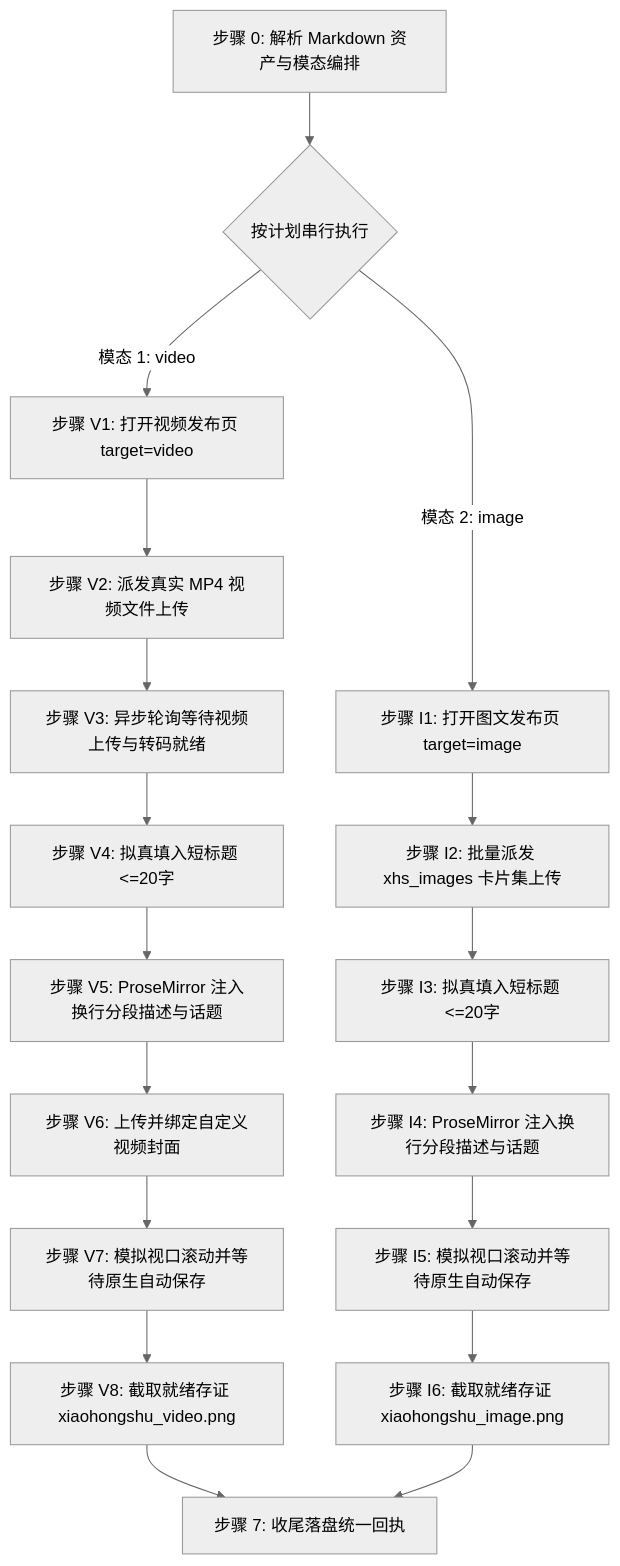
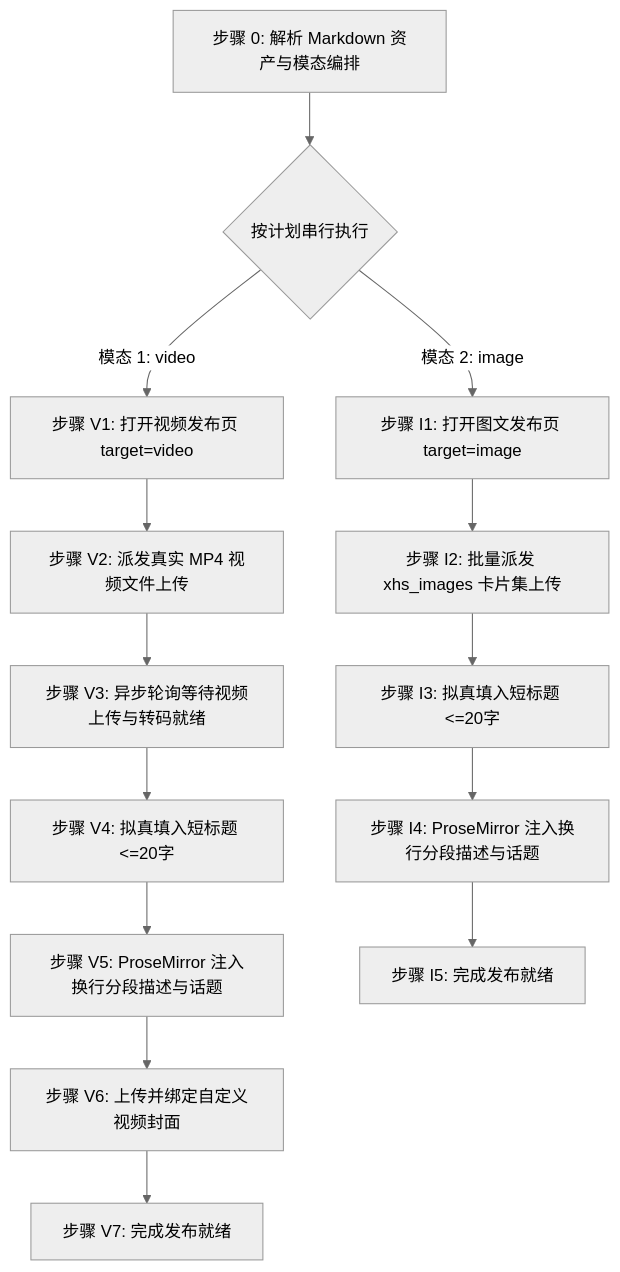
One commit to undsky/doudou-publish-skills changed the diagram in skills/doudou-xiaohongshu/SKILL.md. Above: the diagram before and after it, drawn with Mermaid (neutral theme). The commit also changed other lines of this file and 57 other files, not shown here.

````diff
--- a/skills/doudou-xiaohongshu/SKILL.md
+++ b/skills/doudou-xiaohongshu/SKILL.md
@@ -124,23 +12,18 @@
 ```mermaid
 flowchart TD
     S0[步骤 0: 解析 Markdown 资产与模态编排] --> MP{按计划串行执行}
 
     MP -->|模态 1: video| V1[步骤 V1: 打开视频发布页 target=video]
     V1 --> V2[步骤 V2: 派发真实 MP4 视频文件上传]
     V2 --> V3[步骤 V3: 异步轮询等待视频上传与转码就绪]
     V3 --> V4[步骤 V4: 拟真填入短标题 <=20字]
     V4 --> V5[步骤 V5: ProseMirror 注入换行分段描述与话题]
     V5 --> V6[步骤 V6: 上传并绑定自定义视频封面]
-    V6 --> V7[步骤 V7: 模拟视口滚动并等待原生自动保存]
-    V7 --> V8[步骤 V8: 截取就绪存证 xiaohongshu_video.png]
+    V6 --> V7[步骤 V7: 完成发布就绪]
 
     MP -->|模态 2: image| I1[步骤 I1: 打开图文发布页 target=image]
     I1 --> I2[步骤 I2: 批量派发 xhs_images 卡片集上传]
     I2 --> I3[步骤 I3: 拟真填入短标题 <=20字]
     I3 --> I4[步骤 I4: ProseMirror 注入换行分段描述与话题]
-    I4 --> I5[步骤 I5: 模拟视口滚动并等待原生自动保存]
-    I5 --> I6[步骤 I6: 截取就绪存证 xiaohongshu_image.png]
-
-    V8 --> R0[步骤 7: 收尾落盘统一回执]
-    I6 --> R0
+    I4 --> I5[步骤 I5: 完成发布就绪]
 ```
````
